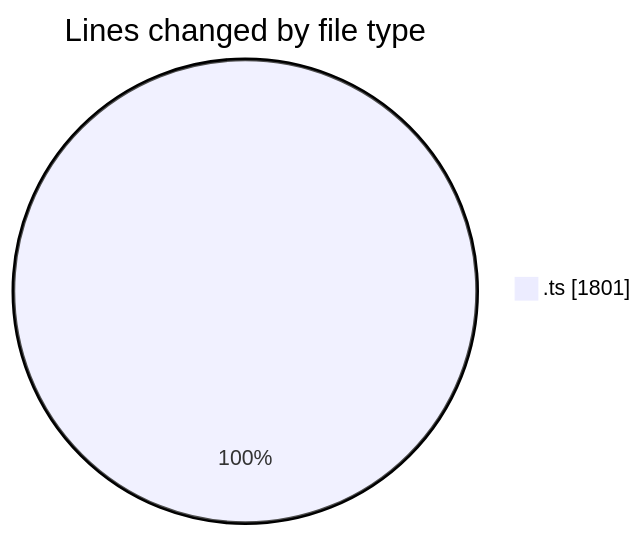
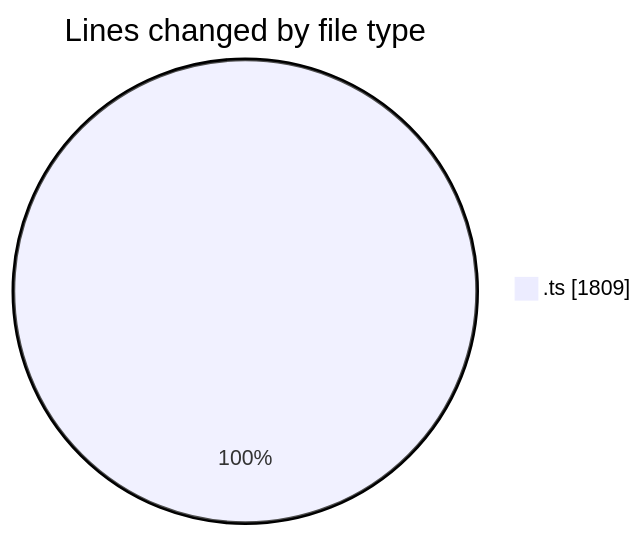
The first of 2 diagrams in 2026-03-13/nxtqube_webapp/README.md (nxtqubesakshisongat/code-tracking), drawn with Mermaid before and after one commit. The commit also changed other lines of this file and 1 other file, not shown here.

````diff
--- a/2026-03-13/nxtqube_webapp/README.md
+++ b/2026-03-13/nxtqube_webapp/README.md
@@ -20,5 +20,5 @@
 ```mermaid
 pie showData
 title Lines changed by file type
-".ts" : 1801
+".ts" : 1809
 ```
````
